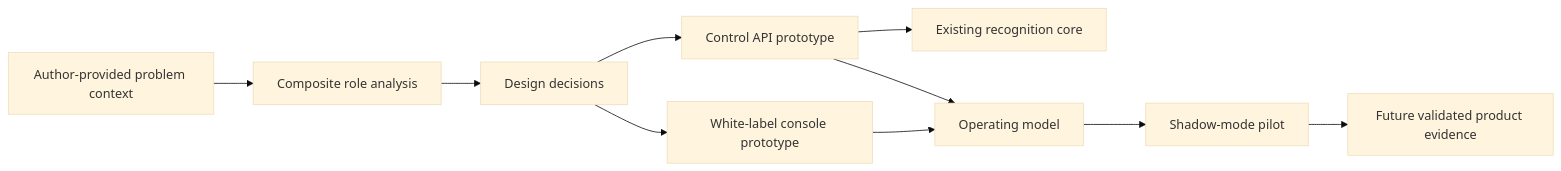
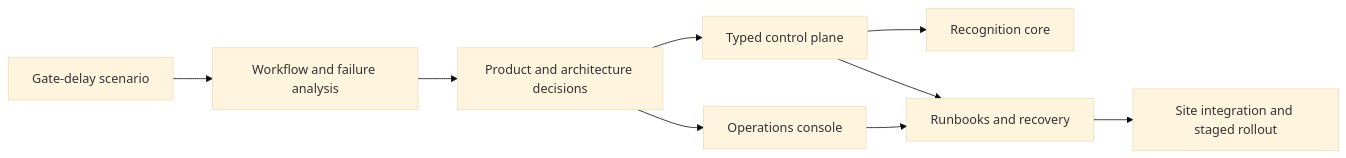
The diagram in docs/platform/README.md (Mohemed-Amine-Chalhy/number-plate-recognition), drawn with Mermaid (base theme) before and after one commit. The commit also changed other lines of this file and 20 other files, not shown here.

Commit message:
docs(platform): present the six-gate product workflow

````diff
--- a/docs/platform/README.md
+++ b/docs/platform/README.md
@@ -82,12 +56,11 @@
 ```mermaid
 flowchart LR
-    Brief[Author-provided problem context] --> Evidence[Composite role analysis]
-    Evidence --> Decisions[Design decisions]
-    Decisions --> Console[White-label console prototype]
-    Decisions --> API[Control API prototype]
-    API --> Inference[Existing recognition core]
-    Console --> Runbook[Operating model]
-    API --> Runbook
-    Runbook --> Pilot[Shadow-mode pilot]
-    Pilot --> Validated[Future validated product evidence]
+    Scenario[Gate-delay scenario] --> Analysis[Workflow and failure analysis]
+    Analysis --> Decisions[Product and architecture decisions]
+    Decisions --> Console[Operations console]
+    Decisions --> API[Typed control plane]
+    API --> Inference[Recognition core]
+    Console --> Operations[Runbooks and recovery]
+    API --> Operations
+    Operations --> Rollout[Site integration and staged rollout]
 ```
````
